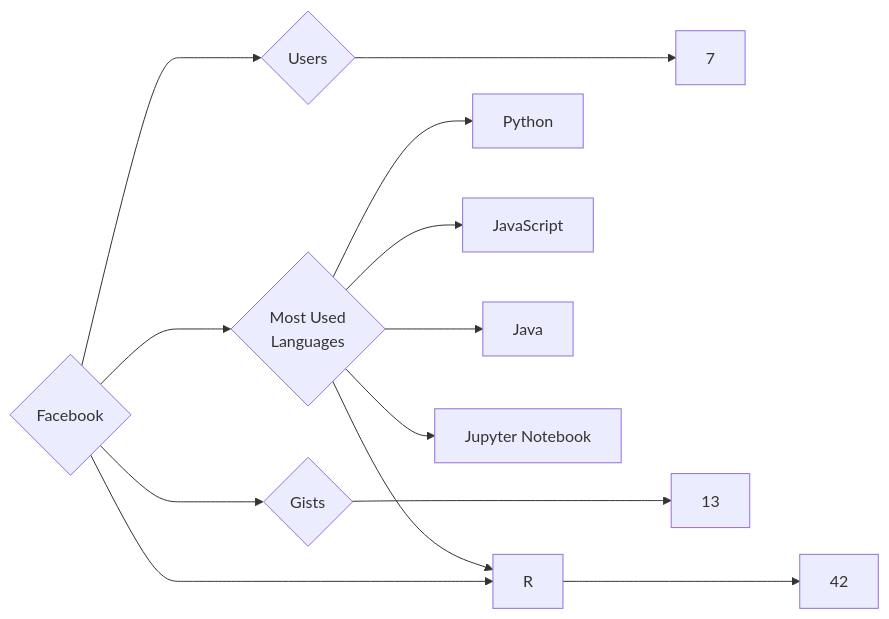
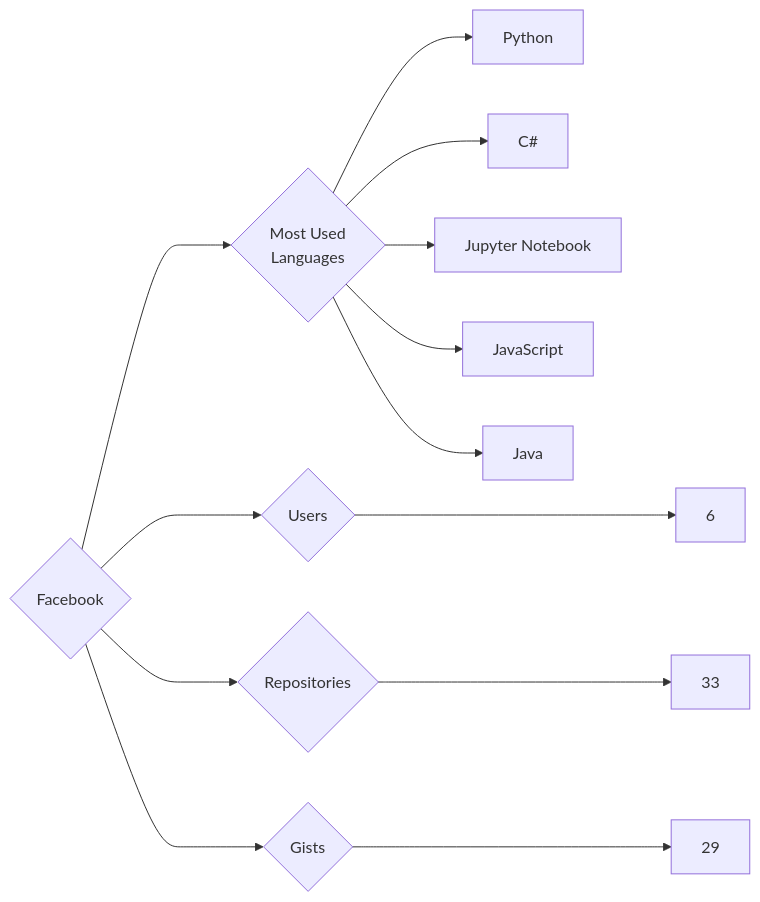
One commit to trickest/insiders changed the diagram in targets/Facebook/README.md. Above: the diagram before and after it, drawn with Mermaid. The commit also changed 1148 other files, not shown here.

````diff
--- a/targets/Facebook/README.md
+++ b/targets/Facebook/README.md
@@ -3,13 +3,13 @@
 ```mermaid
 graph LR
 COMPANY_NAME{Facebook}
-COMPANY_NAME ---> U{Users} ---> UN[7]
-COMPANY_NAME ---> R{Repositories} ---> RN[42]
-COMPANY_NAME ---> G{Gists} ---> GN[13]
+COMPANY_NAME ---> U{Users} ---> UN[6]
+COMPANY_NAME ---> R{Repositories} ---> RN[33]
+COMPANY_NAME ---> G{Gists} ---> GN[29]
 COMPANY_NAME ---> ML{Most Used<br>Languages}
 ML --> Python[Python]
+ML --> C#[C#]
+ML --> Jupyter_Notebook[Jupyter Notebook]
 ML --> JavaScript[JavaScript]
 ML --> Java[Java]
-ML --> R[R]
-ML --> Jupyter_Notebook[Jupyter Notebook]
 ```
````
